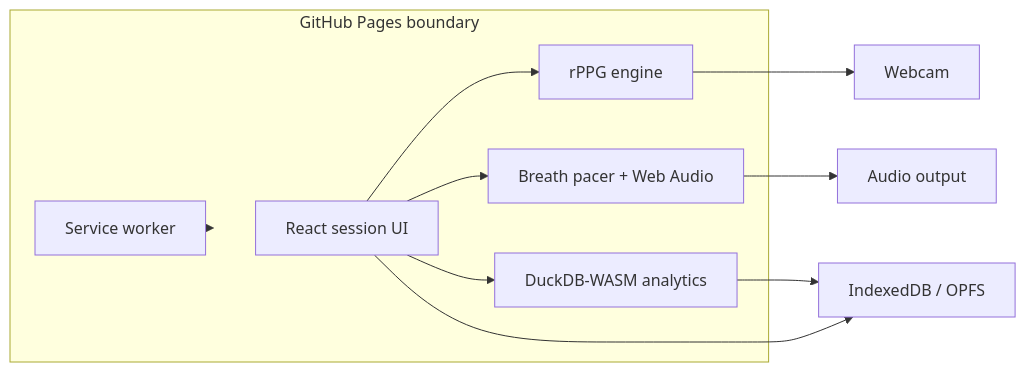
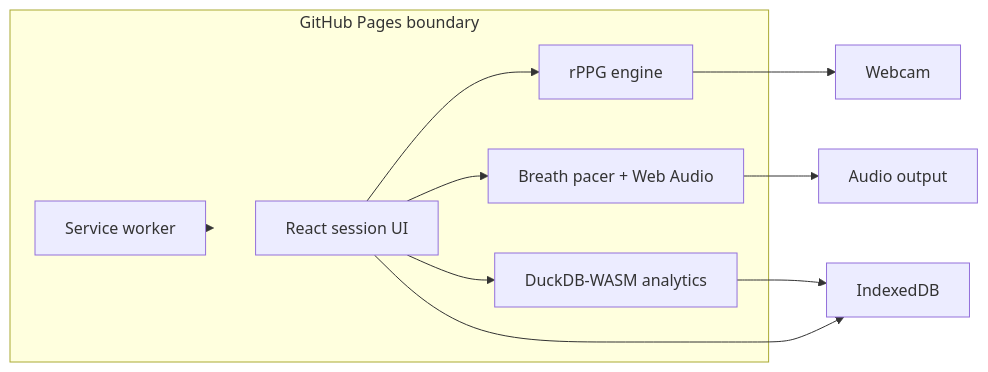
One commit to baditaflorin/vagus-reset-coach changed the second of 2 diagrams in docs/architecture.md. Above: the diagram before and after it, drawn with Mermaid. The commit also changed other lines of this file and 16 other files, not shown here.

````diff
--- a/docs/architecture.md
+++ b/docs/architecture.md
@@ -23,21 +23,21 @@
 ```mermaid
 flowchart LR
   subgraph pages["GitHub Pages boundary"]
     shell["React session UI"]
     rppg["rPPG engine"]
     breath["Breath pacer + Web Audio"]
     duck["DuckDB-WASM analytics"]
     sw["Service worker"]
   end
-  storage["IndexedDB / OPFS"]
+  storage["IndexedDB"]
   camera["Webcam"]
   speaker["Audio output"]
   shell --> rppg
   shell --> breath
   shell --> duck
   rppg --> camera
   breath --> speaker
   duck --> storage
   shell --> storage
   sw --> pages
 ```
````
